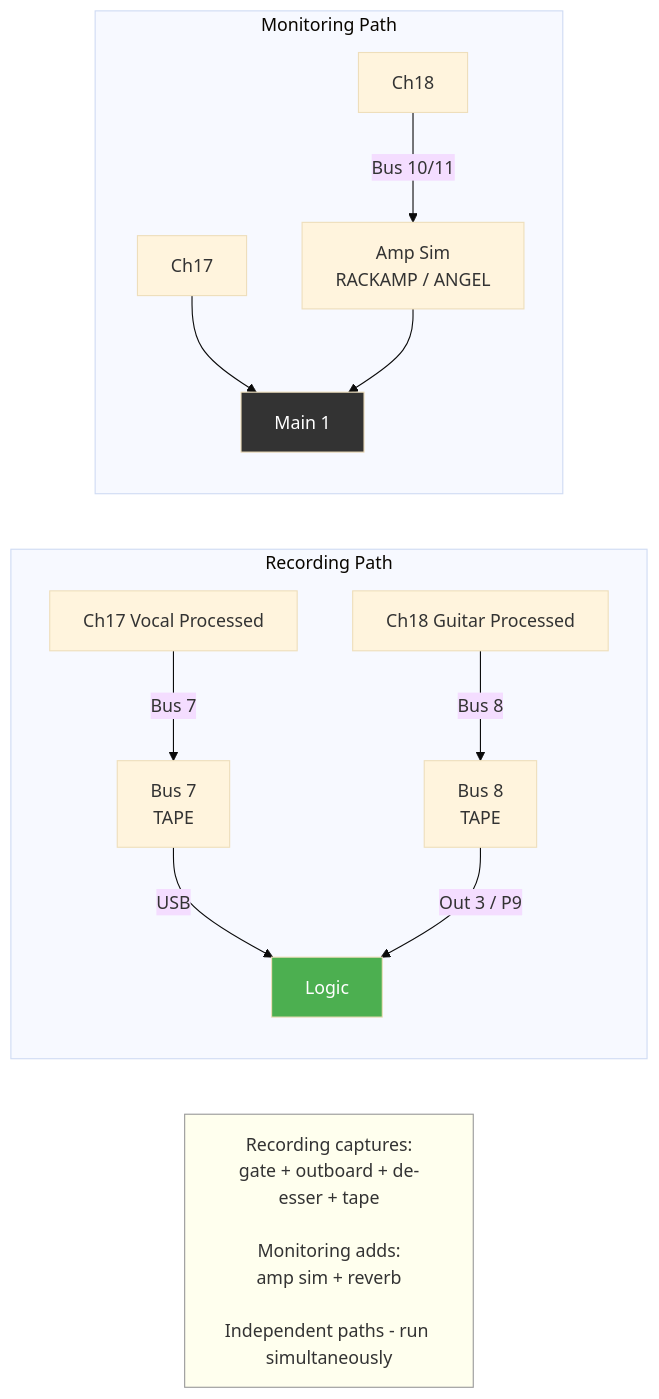
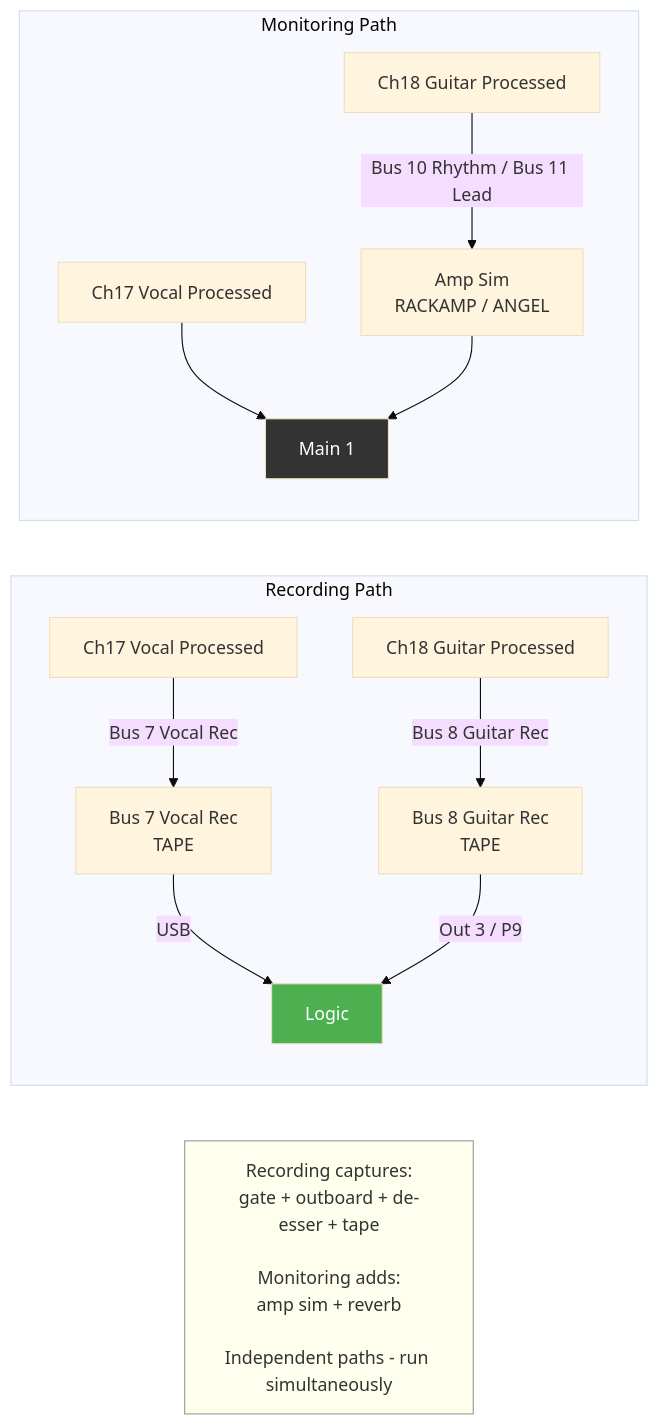
Before and after one commit to ldenman/studio-setup: the fourth of 19 diagrams in docs/diagrams.md, drawn with Mermaid (base theme). The commit also changed other lines of this file, not shown here.

First line of the commit message:
Add names to all bus/channel references, summary notes on every diagram

````diff
--- a/docs/diagrams.md
+++ b/docs/diagrams.md
@@ -143,20 +153,20 @@
 ```mermaid
 graph LR
     subgraph Recording Path
         direction TB
-        CH17R[Ch17 Vocal Processed] -->|Bus 7| BUS7[Bus 7<br/>TAPE] -->|USB| LOGIC_R[Logic]
-        CH18R[Ch18 Guitar Processed] -->|Bus 8| BUS8[Bus 8<br/>TAPE] -->|Out 3 / P9| LOGIC_R
+        CH17R[Ch17 Vocal Processed] -->|Bus 7 Vocal Rec| BUS7[Bus 7 Vocal Rec<br/>TAPE] -->|USB| LOGIC_R[Logic]
+        CH18R[Ch18 Guitar Processed] -->|Bus 8 Guitar Rec| BUS8[Bus 8 Guitar Rec<br/>TAPE] -->|Out 3 / P9| LOGIC_R
     end
 
     subgraph Monitoring Path
         direction TB
-        CH17M[Ch17] --> MAIN[Main 1]
-        CH18M[Ch18] -->|Bus 10/11| AMP[Amp Sim<br/>RACKAMP / ANGEL] --> MAIN
+        CH17M[Ch17 Vocal Processed] --> MAIN[Main 1]
+        CH18M[Ch18 Guitar Processed] -->|Bus 10 Rhythm / Bus 11 Lead| AMP[Amp Sim<br/>RACKAMP / ANGEL] --> MAIN
     end
 
     REC_NOTE[Recording captures:<br/>gate + outboard + de-esser + tape<br/><br/>Monitoring adds:<br/>amp sim + reverb<br/><br/>Independent paths - run simultaneously]
 
     style REC_NOTE fill:#ffe,stroke:#999
     style LOGIC_R fill:#4CAF50,color:#fff
     style MAIN fill:#333,color:#fff
 ```
````
